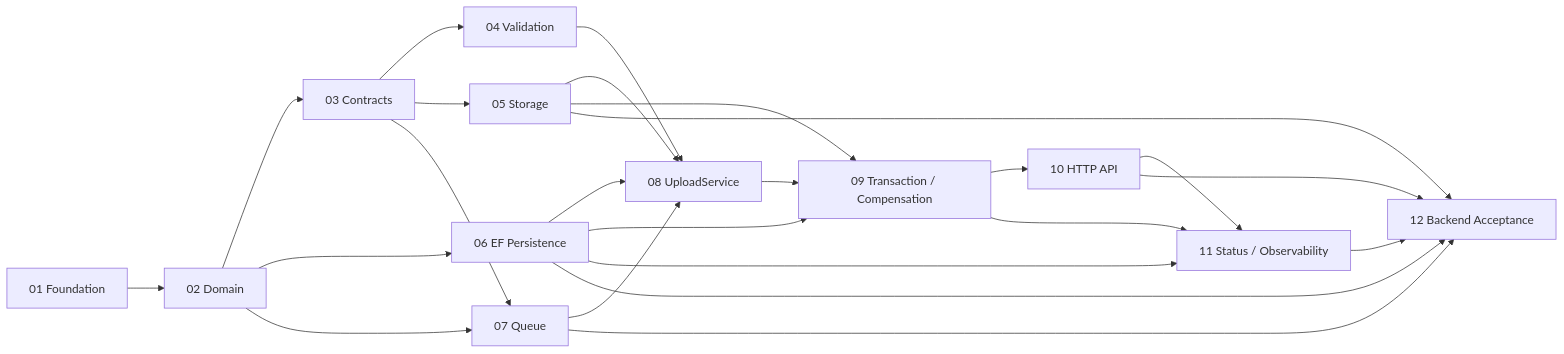
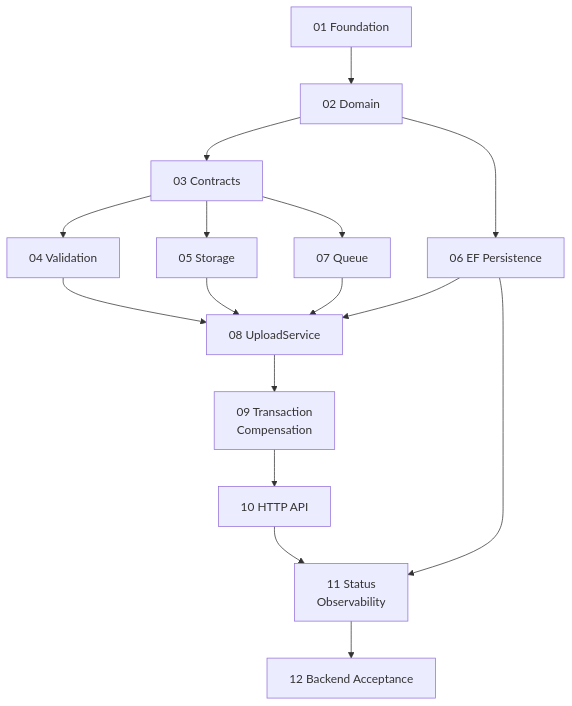
Before and after one commit to ChouKuangWen/Photo-Processing-Image-Analysis-Platform: the ninth of 9 diagrams in tasks/MOD-01/README.md, drawn with Mermaid. The commit also changed other lines of this file, not shown here.

First line of the commit message:
docs(mod-01): refine Mermaid diagrams and architecture relationships

````diff
--- a/tasks/MOD-01/README.md
+++ b/tasks/MOD-01/README.md
@@ -1161,26 +1194,19 @@
 ```mermaid
-flowchart LR
+%%{init: {"flowchart": {"htmlLabels": false}}}%%
+flowchart TB
     T1["01 Foundation"] --> T2["02 Domain"]
     T2 --> T3["03 Contracts"]
     T3 --> T4["04 Validation"]
     T3 --> T5["05 Storage"]
     T2 --> T6["06 EF Persistence"]
     T3 --> T7["07 Queue"]
-    T2 --> T7
     T4 --> T8["08 UploadService"]
     T5 --> T8
     T6 --> T8
     T7 --> T8
-    T8 --> T9["09 Transaction / Compensation"]
-    T5 --> T9
-    T6 --> T9
+    T8 --> T9["09 Transaction<br/>Compensation"]
     T9 --> T10["10 HTTP API"]
-    T10 --> T11["11 Status / Observability"]
+    T10 --> T11["11 Status<br/>Observability"]
     T6 --> T11
-    T9 --> T11
     T11 --> T12["12 Backend Acceptance"]
-    T10 --> T12
-    T5 --> T12
-    T6 --> T12
-    T7 --> T12
 ```
````
